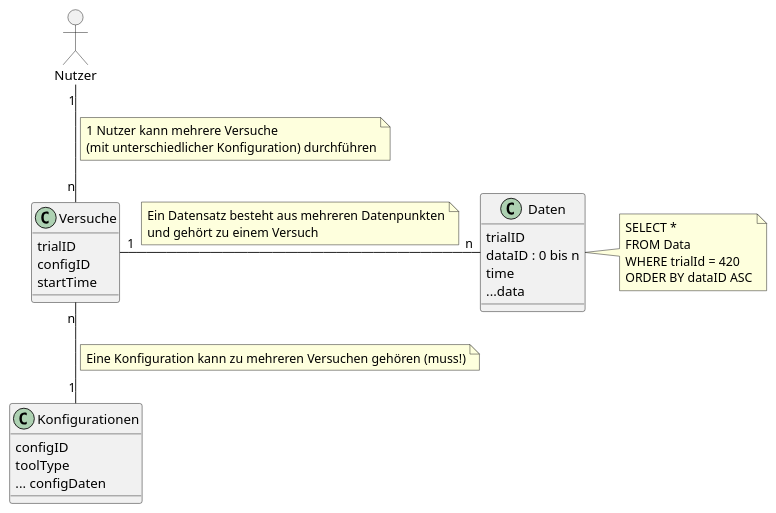
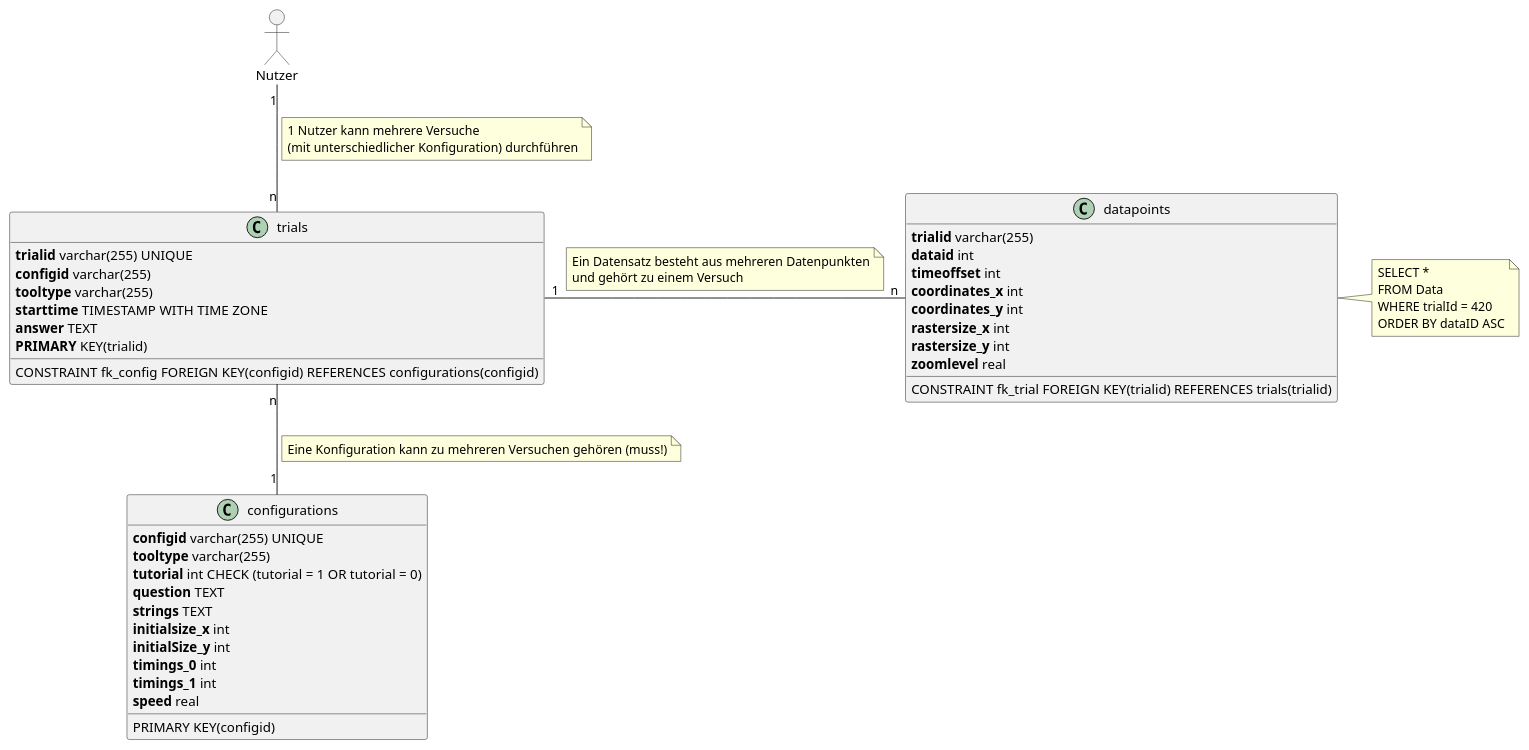
One commit to weichware-10/dokumente changed the diagram in uml-class/sonstige/database.puml. Above: the diagram before and after it, drawn with PlantUML.

Commit message:
[docs] aktualisiertes Schema

```diff
--- a/uml-class/sonstige/database.puml
+++ b/uml-class/sonstige/database.puml
@@ -1,46 +1,67 @@
 @startuml database
 
 allowmixing
 
 actor "Nutzer" as n
 
-class "Konfigurationen" as k {
-    configID
-    toolType
-    ... configDaten
-}
-class "Versuche" as v {
-    trialID
-    configID
-    startTime
+class "configurations" as c {
+    **configid** varchar(255) UNIQUE
+    **tooltype** varchar(255)
+    **tutorial** int CHECK (tutorial = 1 OR tutorial = 0)
+    **question** TEXT
+    **strings** TEXT
+    **initialsize_x** int
+    **initialSize_y** int
+    **timings_0** int
+    **timings_1** int
+    **speed** real
+    __
+    PRIMARY KEY(configid)
 }
 
-class "Daten" as d {
-    trialID
-    dataID : 0 bis n
-    time
-    ...data
+class "trials" as t {
+    **trialid** varchar(255) UNIQUE
+    **configid** varchar(255)
+    **tooltype** varchar(255)
+    **starttime** TIMESTAMP WITH TIME ZONE
+    **answer** TEXT
+    **PRIMARY** KEY(trialid)
+    __
+    CONSTRAINT fk_config FOREIGN KEY(configid) REFERENCES configurations(configid)
 }
 
-n "1" -- "n" v
+class "datapoints" as d {
+    **trialid** varchar(255)
+    **dataid** int
+    **timeoffset** int
+    **coordinates_x** int
+    **coordinates_y** int
+    **rastersize_x** int
+    **rastersize_y** int
+    **zoomlevel** real
+    __
+    CONSTRAINT fk_trial FOREIGN KEY(trialid) REFERENCES trials(trialid)
+}
+
+n "1" -- "n" t
 note on link
     1 Nutzer kann mehrere Versuche
     (mit unterschiedlicher Konfiguration) durchführen
 end note
-v "1" -r- "n" d
+t "1" -r- "n" d
 note on link
     Ein Datensatz besteht aus mehreren Datenpunkten
     und gehört zu einem Versuch
 end note
-v "n" -- "1" k
+t "n" -- "1" c
 note on link
     Eine Konfiguration kann zu mehreren Versuchen gehören (muss!)
 end note
 
 note right of d
     SELECT *
     FROM Data
     WHERE trialId = 420
     ORDER BY dataID ASC
 end note
 @enduml
```
